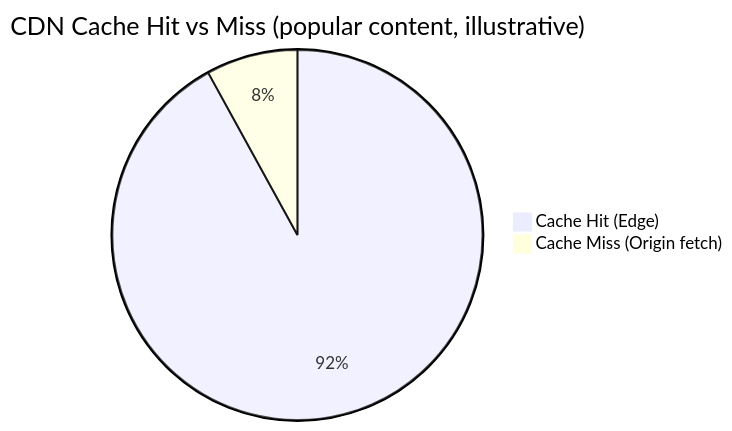
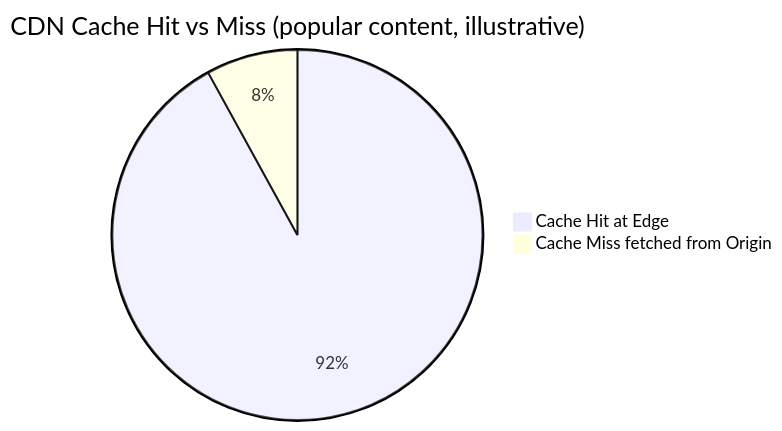
Before and after one commit to riyaz-pasha/Learnings: diagram 16 of 24 in system-design/HLD/0-course/26-Design YouTube-FAANG-Guide.md, drawn with Mermaid. The commit also changed other lines of this file and 1 other file, not shown here.

Commit message:
docs: simplify language and clean up mermaid diagrams in YouTube design guide

````diff
--- a/system-design/HLD/0-course/26-Design YouTube-FAANG-Guide.md
+++ b/system-design/HLD/0-course/26-Design YouTube-FAANG-Guide.md
@@ -621,5 +735,5 @@
 ```mermaid
 pie title CDN Cache Hit vs Miss (popular content, illustrative)
-    "Cache Hit (Edge)" : 92
-    "Cache Miss (Origin fetch)" : 8
+    "Cache Hit at Edge" : 92
+    "Cache Miss fetched from Origin" : 8
 ```
````
